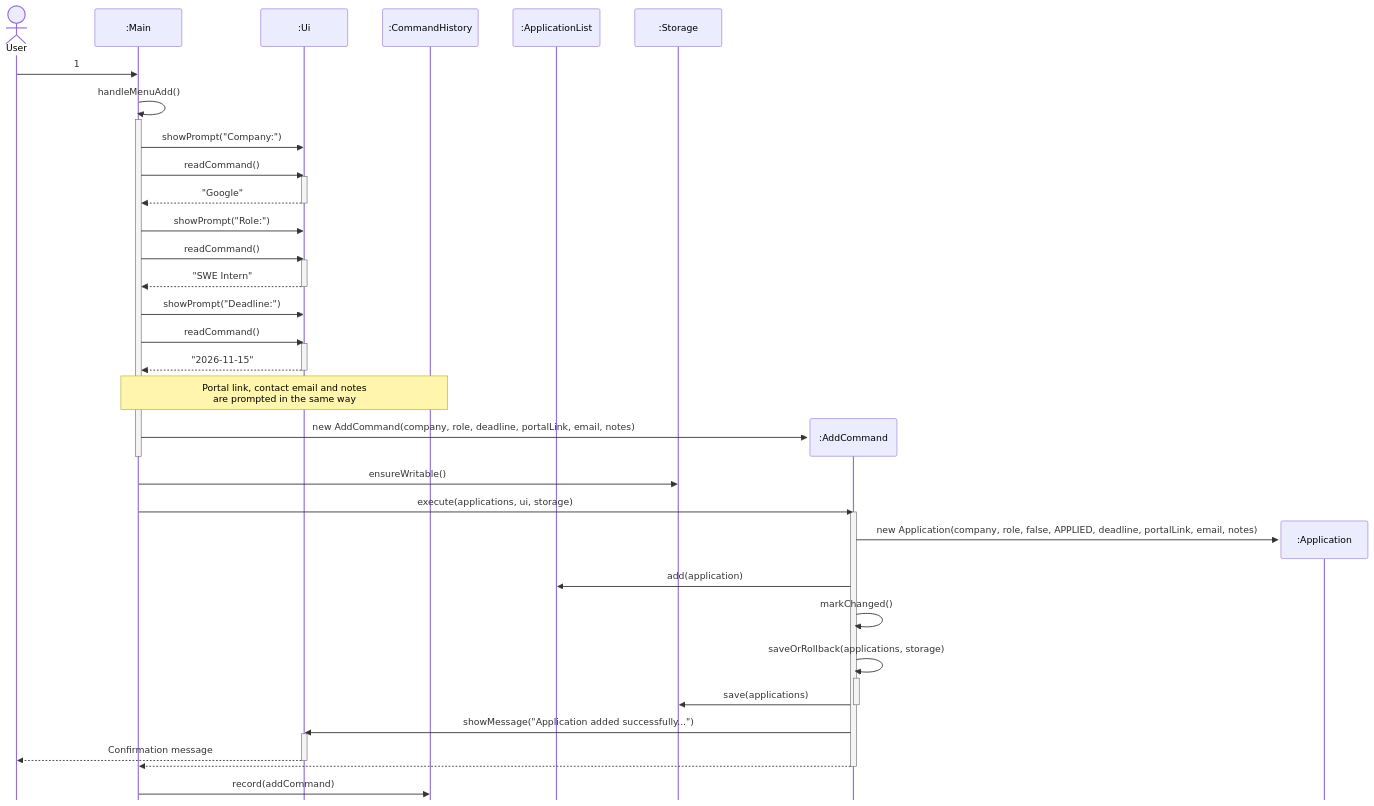
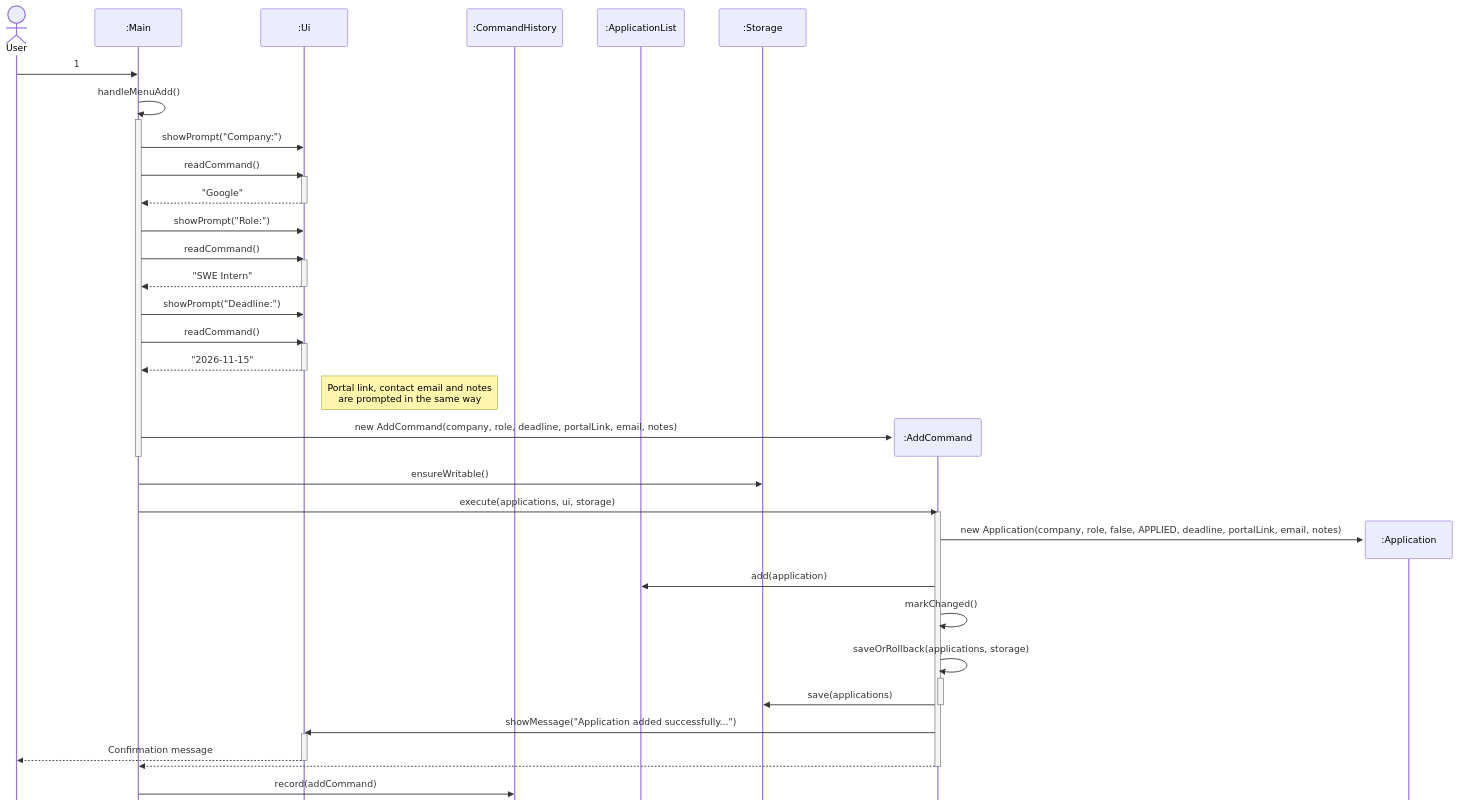
One commit to AY2627S1-CS2113-T10-2/tp changed the diagram in docs/diagrams/sources/add-application-sequence.mmd. Above: the diagram before and after it, drawn with Mermaid. The commit also changed 21 other files, not shown here.

Commit message:
fix UML diagrams drawings v2

```diff
--- a/docs/diagrams/sources/add-application-sequence.mmd
+++ b/docs/diagrams/sources/add-application-sequence.mmd
@@ -1,49 +1,49 @@
 %%{init: {'theme': 'default', 'themeCSS': '.actor-line{stroke-dasharray:6 5;} .loopLine{stroke-dasharray:none;}', 'sequence': {'mirrorActors': false, 'actorMargin': 60, 'messageMargin': 28}}}%%
 sequenceDiagram
     actor user as User
     participant main as :Main
     participant ui as :Ui
     participant history as :CommandHistory
     participant list as :ApplicationList
     participant storage as :Storage
 
     user->>main: 1
     main->>main: handleMenuAdd()
     activate main
     main->>ui: showPrompt("Company:")
     main->>ui: readCommand()
     activate ui
     ui-->>main: "Google"
     deactivate ui
     main->>ui: showPrompt("Role:")
     main->>ui: readCommand()
     activate ui
     ui-->>main: "SWE Intern"
     deactivate ui
     main->>ui: showPrompt("Deadline:")
     main->>ui: readCommand()
     activate ui
     ui-->>main: "2026-11-15"
     deactivate ui
-    Note over main,history: Portal link, contact email and notes<br/>are prompted in the same way
+    Note right of ui: Portal link, contact email and notes<br/>are prompted in the same way
     create participant cmd as :AddCommand
     main->>cmd: new AddCommand(company, role, deadline, portalLink, email, notes)
     deactivate main
     main->>storage: ensureWritable()
     main->>cmd: execute(applications, ui, storage)
     activate cmd
     create participant app as :Application
     cmd->>app: new Application(company, role, false, APPLIED, deadline, portalLink, email, notes)
     cmd->>list: add(application)
     cmd->>cmd: markChanged()
     cmd->>cmd: saveOrRollback(applications, storage)
     activate cmd
     cmd->>storage: save(applications)
     deactivate cmd
     cmd->>ui: showMessage("Application added successfully...")
     activate ui
     ui-->>user: Confirmation message
     deactivate ui
     cmd-->>main:
     deactivate cmd
     main->>history: record(addCommand)
```
